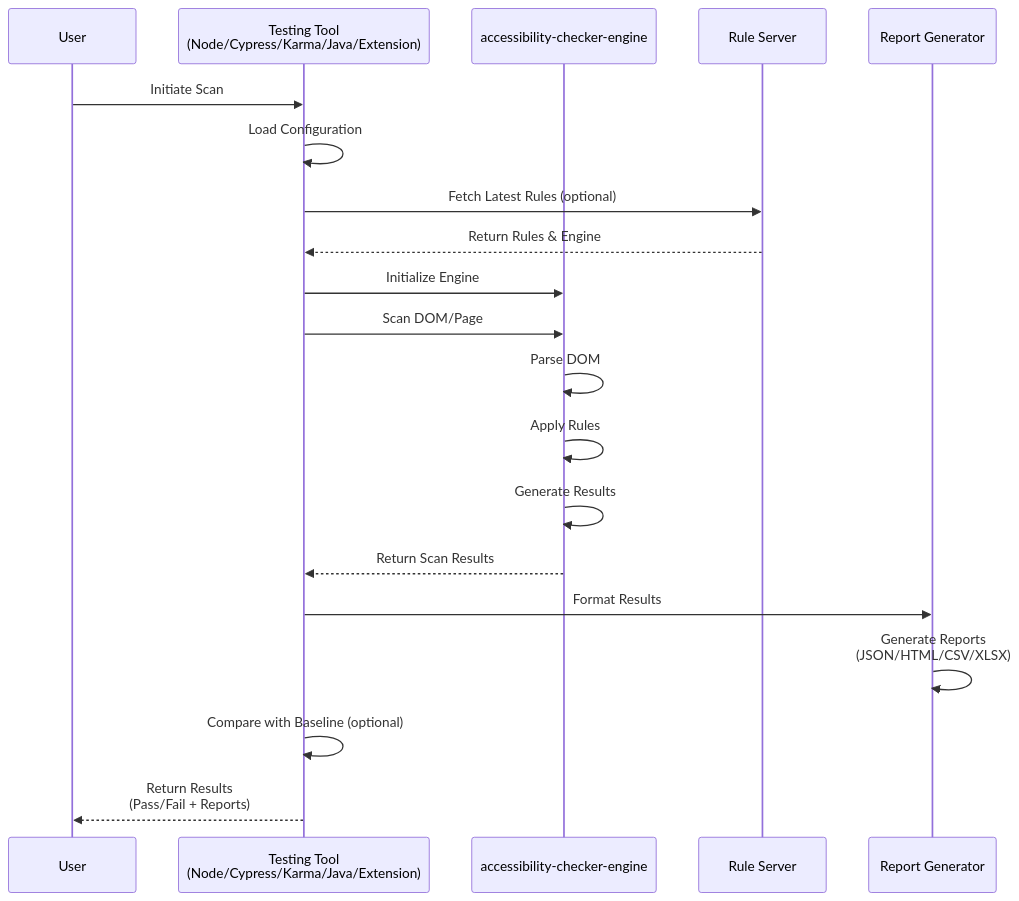
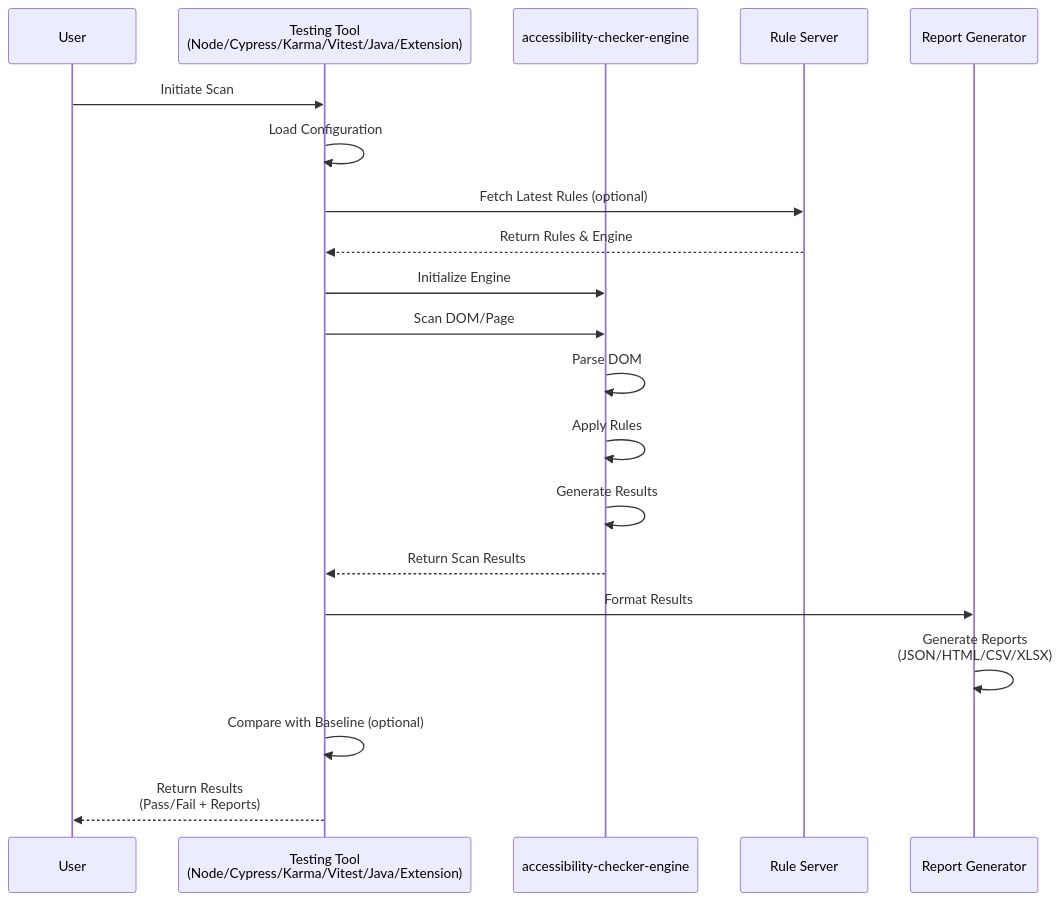
The ninth of 10 diagrams in docs/architecture-diagrams.md (IBMa/equal-access), drawn with Mermaid before and after one commit. The commit also changed other lines of this file and 48 other files, not shown here.

````diff
--- a/docs/architecture-diagrams.md
+++ b/docs/architecture-diagrams.md
@@ -420,23 +478,23 @@
 ```mermaid
 sequenceDiagram
     participant User
-    participant Tool as Testing Tool<br/>(Node/Cypress/Karma/Java/Extension)
+    participant Tool as Testing Tool<br/>(Node/Cypress/Karma/Vitest/Java/Extension)
     participant Engine as accessibility-checker-engine
     participant Rules as Rule Server
     participant Reporter as Report Generator
     
     User->>Tool: Initiate Scan
     Tool->>Tool: Load Configuration
     Tool->>Rules: Fetch Latest Rules (optional)
     Rules-->>Tool: Return Rules & Engine
     Tool->>Engine: Initialize Engine
     Tool->>Engine: Scan DOM/Page
     Engine->>Engine: Parse DOM
     Engine->>Engine: Apply Rules
     Engine->>Engine: Generate Results
     Engine-->>Tool: Return Scan Results
     Tool->>Reporter: Format Results
     Reporter->>Reporter: Generate Reports<br/>(JSON/HTML/CSV/XLSX)
     Tool->>Tool: Compare with Baseline (optional)
     Tool-->>User: Return Results<br/>(Pass/Fail + Reports)
 ```
````
